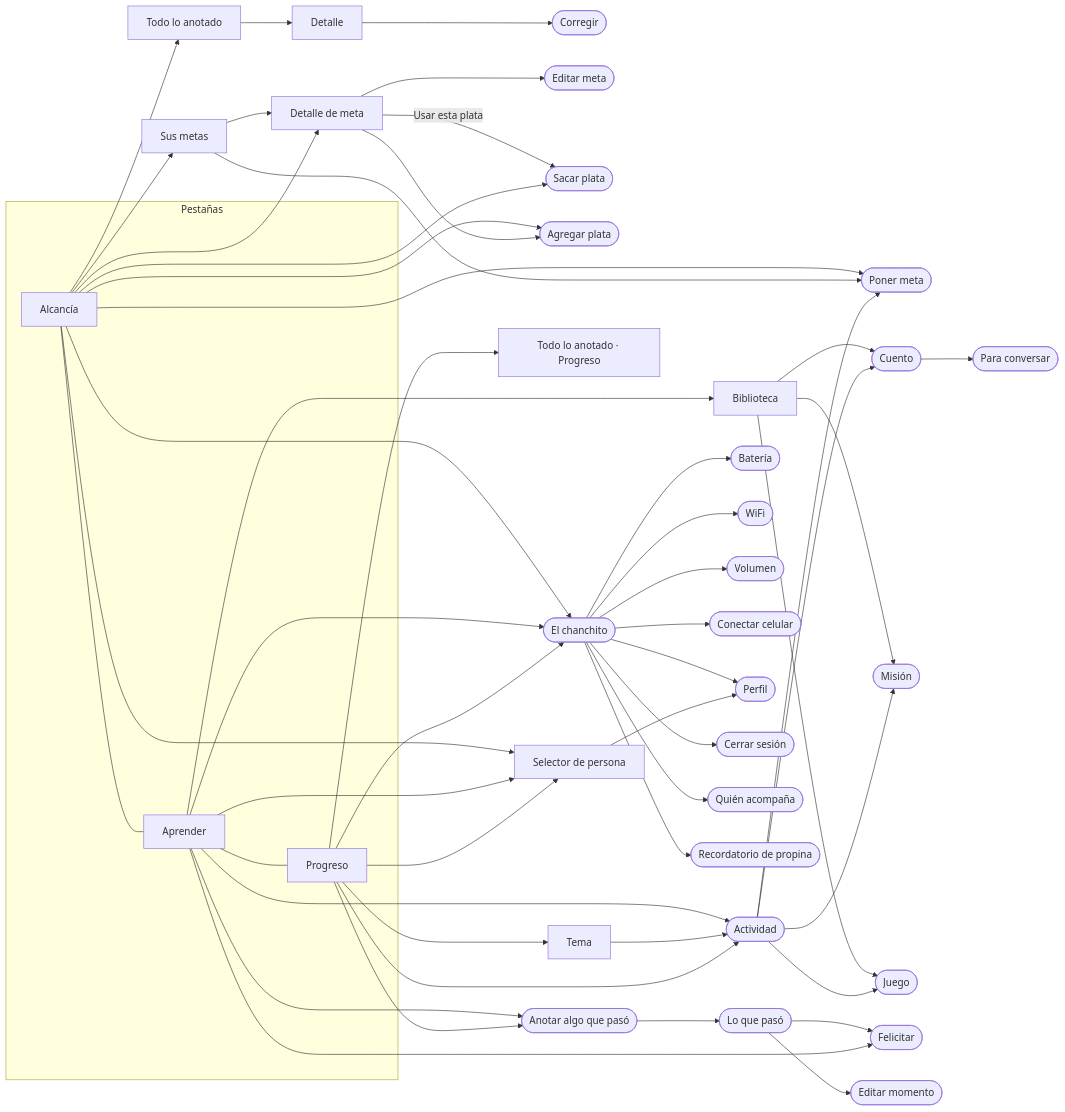
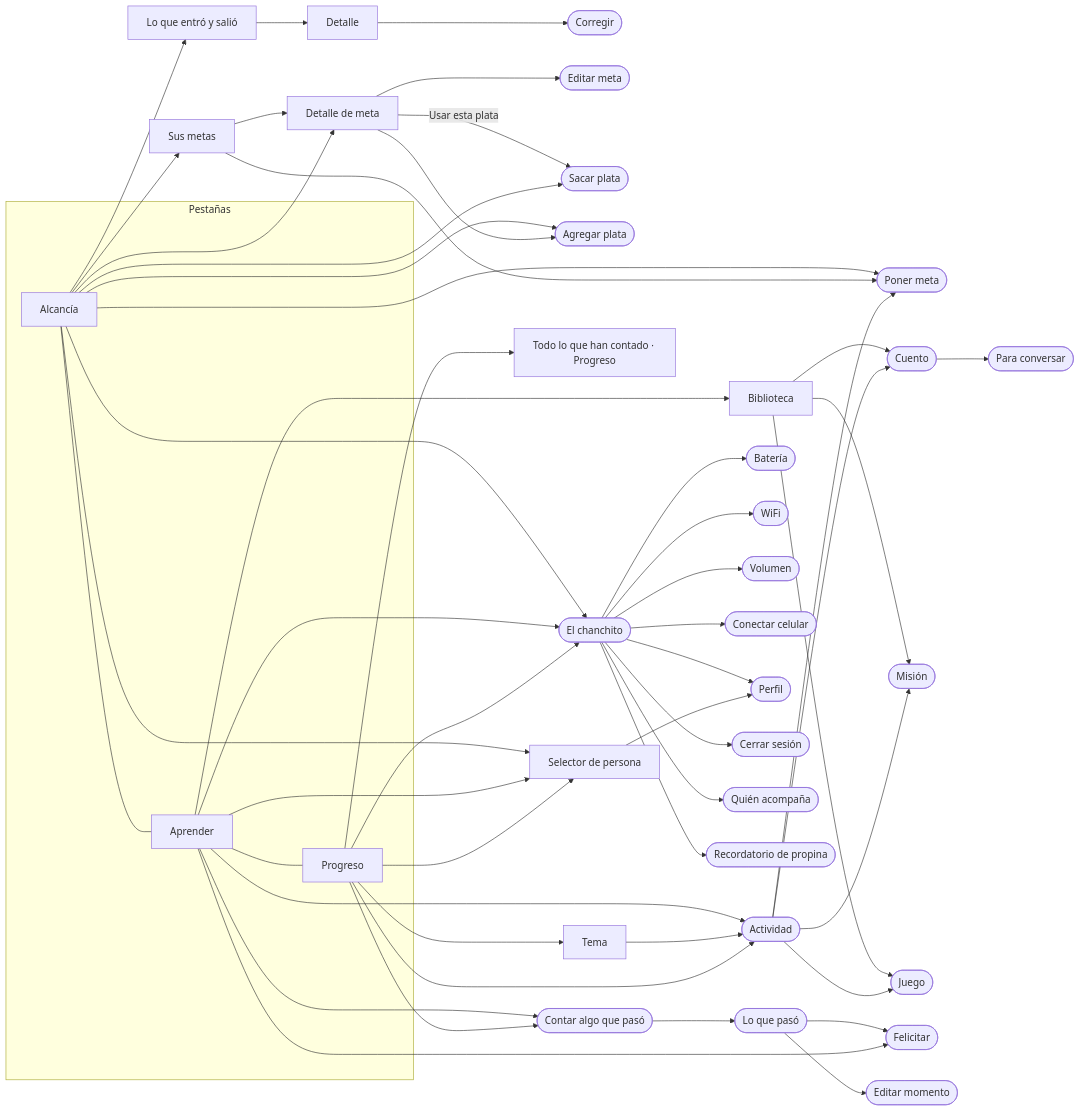
One commit to renzovallejo/alcanciacambios changed the first of 6 diagrams in scripts/handoff/docs/02-especificacion/flujos.md. Above: the diagram before and after it, drawn with Mermaid. The commit also changed other lines of this file and 18 other files, not shown here.

````diff
--- a/scripts/handoff/docs/02-especificacion/flujos.md
+++ b/scripts/handoff/docs/02-especificacion/flujos.md
@@ -7,27 +7,27 @@
 ```mermaid
 flowchart LR
   subgraph Pestañas
     A[Alcancía] --- B[Aprender] --- C[Progreso]
   end
   A --> M[Sus metas] --> MD[Detalle de meta]
   A --> MD
-  A --> L[Todo lo anotado] --> LD[Detalle] --> LE([Corregir])
+  A --> L[Lo que entró y salió] --> LD[Detalle] --> LE([Corregir])
   MD --> ME([Editar meta])
   MD -->|Usar esta plata| F2
   A --> F1([Agregar plata])
   A --> F2([Sacar plata])
   MD --> F1
   A & M --> NM([Poner meta])
   B --> BI[Biblioteca] --> CU([Cuento]) & MI([Misión]) & JU([Juego])
   B --> AC([Actividad]) --> CU & MI & JU & NM
   CU --> GU([Para conversar])
-  B & C --> AN([Anotar algo que pasó]) --> MO([Lo que pasó]) --> FE([Felicitar])
+  B & C --> AN([Contar algo que pasó]) --> MO([Lo que pasó]) --> FE([Felicitar])
   B --> FE
   C --> TE[Tema] --> AC
-  C --> AV[Todo lo anotado · Progreso]
+  C --> AV[Todo lo que han contado · Progreso]
   C --> AC
   A & B & C --> CH([El chanchito]) --> BA([Batería]) & WI([WiFi]) & VO([Volumen]) & EM([Conectar celular]) & PE([Perfil]) & SE([Cerrar sesión])
   CH --> QA([Quién acompaña]) & RE([Recordatorio de propina])
   MO --> NE([Editar momento])
   A & B & C --> PS[Selector de persona] --> PE
 ```
````
